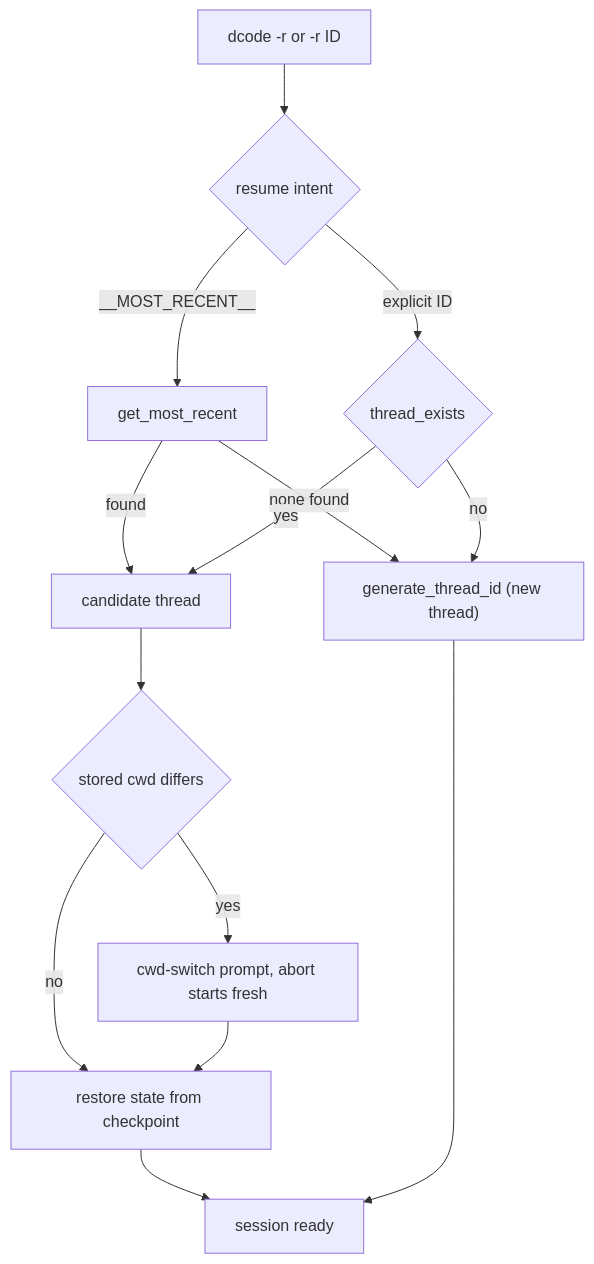
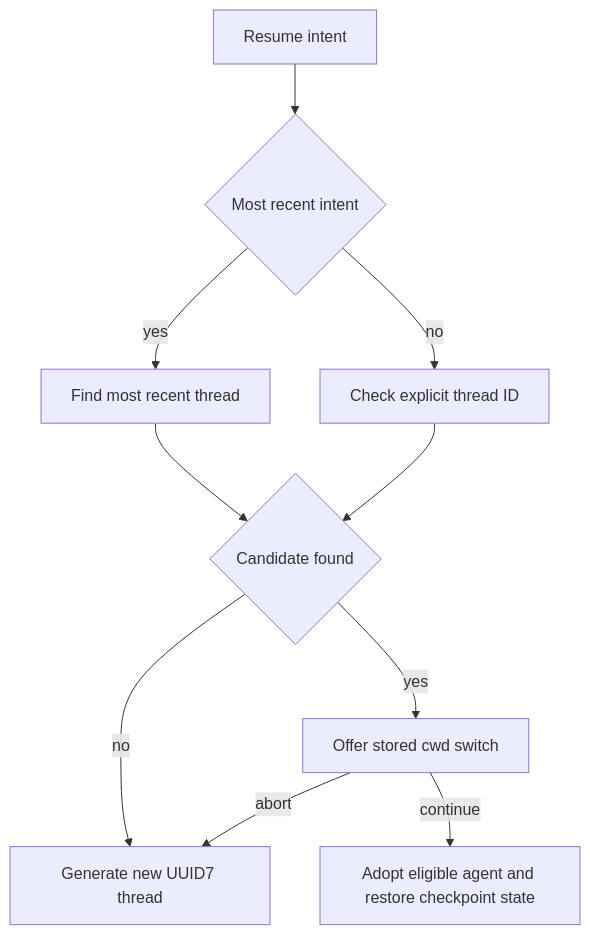
One commit to langchain-ai/deepagents changed the second of 2 diagrams in openwiki/workflows/run-dcode-session.md. Above: the diagram before and after it, drawn with Mermaid. The commit also changed other lines of this file and 20 other files, not shown here.

````diff
--- a/openwiki/workflows/run-dcode-session.md
+++ b/openwiki/workflows/run-dcode-session.md
@@ -129,16 +101,12 @@
 ```mermaid
 flowchart TD
-    Start["dcode -r or -r ID"] --> Intent{"resume intent"}
-    Intent -->|"__MOST_RECENT__"| Recent["get_most_recent"]
-    Intent -->|"explicit ID"| Exists{"thread_exists"}
-    Recent -->|none found| Fresh["generate_thread_id (new thread)"]
-    Recent -->|found| Candidate["candidate thread"]
-    Exists -->|no| Fresh
-    Exists -->|yes| Candidate
-    Candidate --> Cwd{"stored cwd differs"}
-    Cwd -->|no| Rehydrate["restore state from checkpoint"]
-    Cwd -->|yes| Prompt["cwd-switch prompt, abort starts fresh"]
-    Prompt --> Rehydrate
-    Rehydrate --> Ready["session ready"]
-    Fresh --> Ready
+    Intent["Resume intent"] --> Recent{"Most recent intent"}
+    Recent -->|"yes"| Lookup["Find most recent thread"]
+    Recent -->|"no"| Exists["Check explicit thread ID"]
+    Lookup --> Candidate{"Candidate found"}
+    Exists --> Candidate
+    Candidate -->|"no"| NewThread["Generate new UUID7 thread"]
+    Candidate -->|"yes"| Cwd["Offer stored cwd switch"]
+    Cwd -->|"abort"| NewThread
+    Cwd -->|"continue"| Restore["Adopt eligible agent and restore checkpoint state"]
 ```
````
